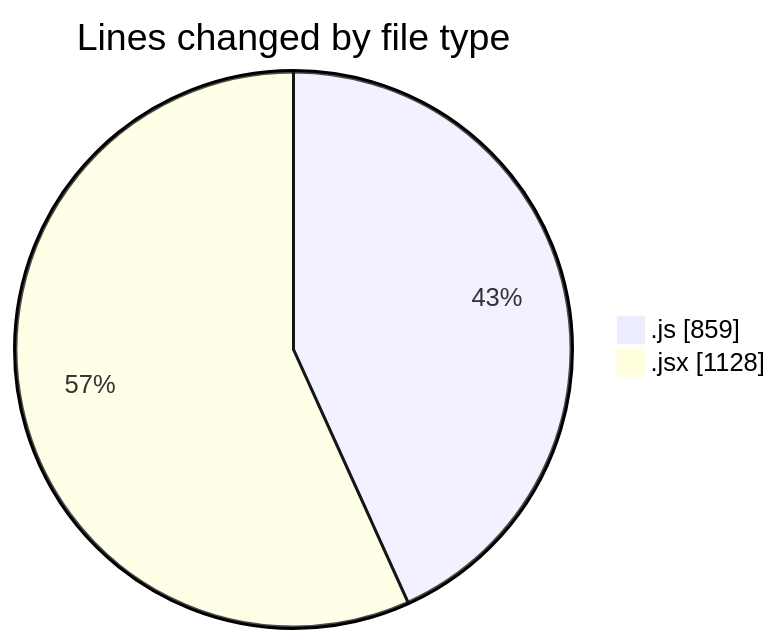
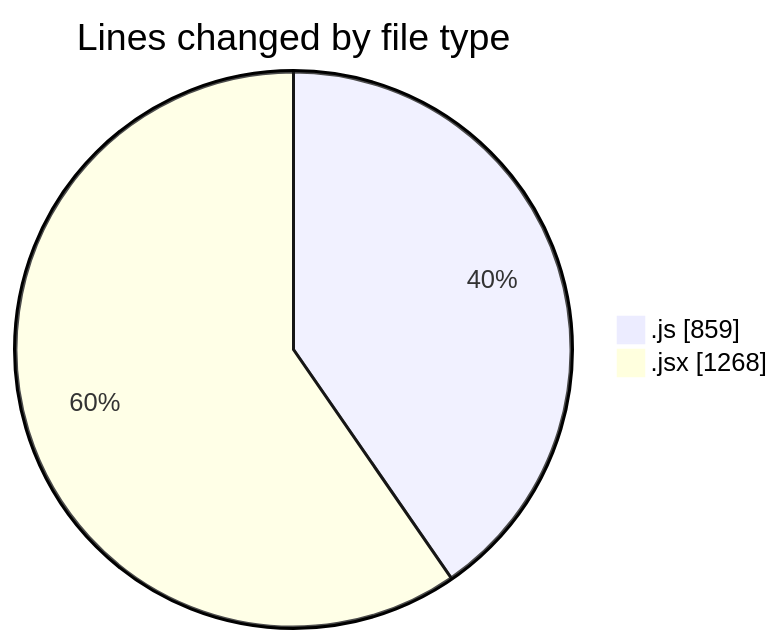
Before and after one commit to nxtqubesakshisongat/code-tracking: the first of 2 diagrams in 2025-12-26/nxtqube_webapp/README.md, drawn with Mermaid. The commit also changed other lines of this file and 1 other file, not shown here.

````diff
--- a/2025-12-26/nxtqube_webapp/README.md
+++ b/2025-12-26/nxtqube_webapp/README.md
@@ -24,6 +24,6 @@
 ```mermaid
 pie showData
 title Lines changed by file type
 ".js" : 859
-".jsx" : 1128
+".jsx" : 1268
 ```
````
